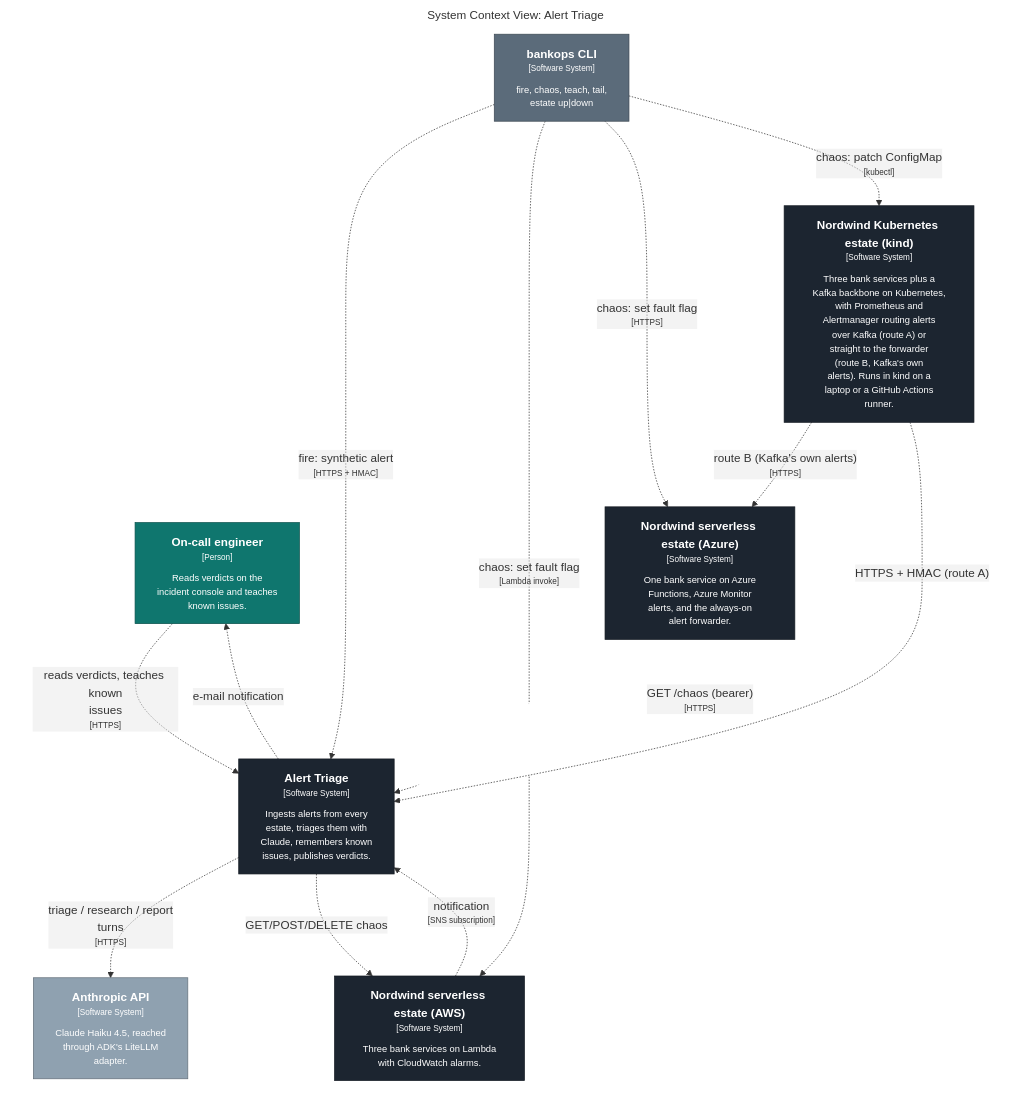
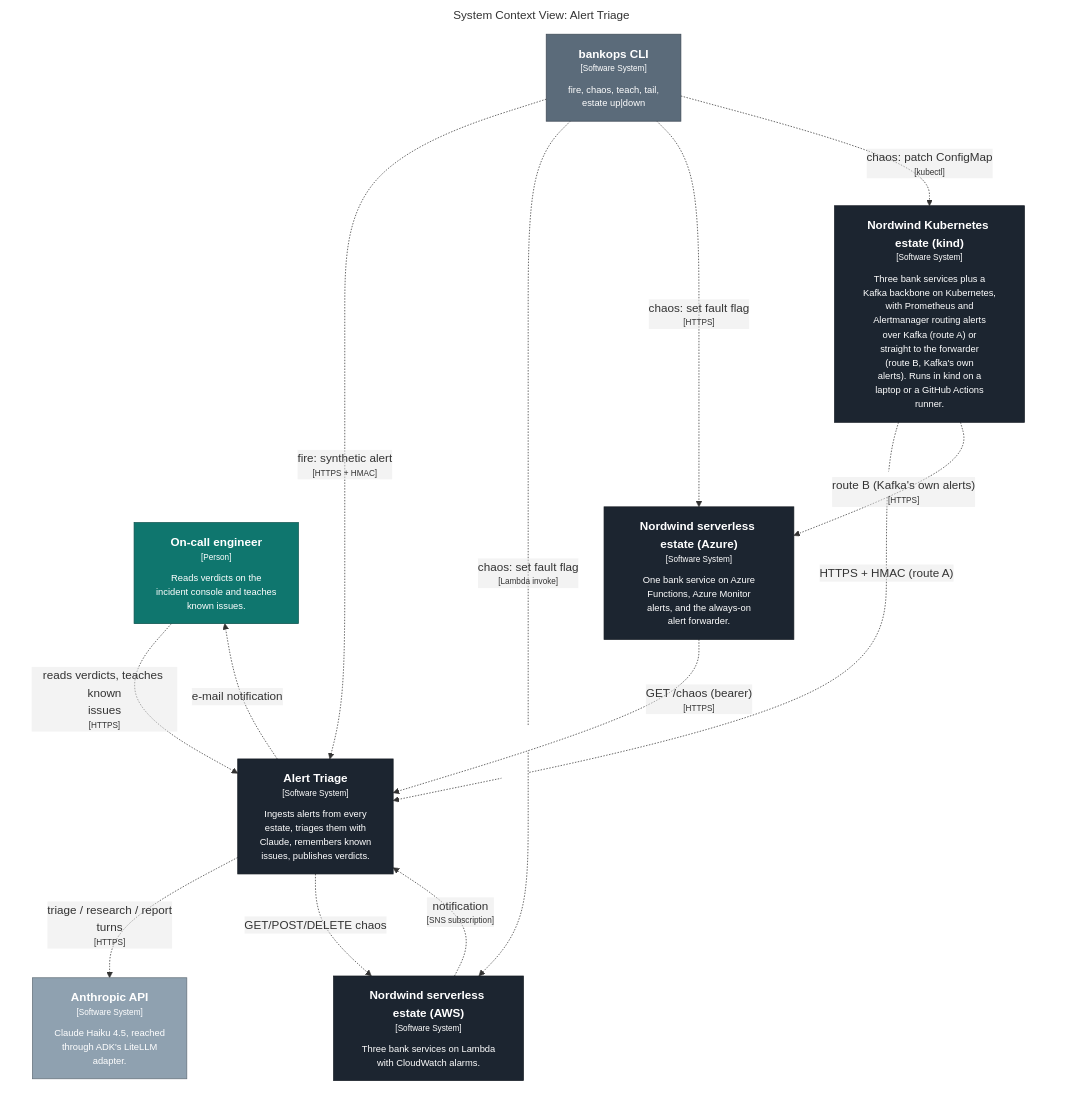
Before and after one commit to KucherenkoSerhiy/oncall-triage: the diagram in docs/c4/generated/structurizr-context.mmd, drawn with Mermaid. The commit also changed 22 other files, not shown here.

```diff
--- a/docs/c4/generated/structurizr-context.mmd
+++ b/docs/c4/generated/structurizr-context.mmd
@@ -1,35 +1,35 @@
 graph LR
   linkStyle default fill:#ffffff
 
   subgraph diagram ["System Context View: Alert Triage"]
     style diagram fill:#ffffff,stroke:#ffffff
 
     1["<div style='font-weight: bold'>On-call engineer</div><div style='font-size: 70%; margin-top: 0px'>[Person]</div><div style='font-size: 80%; margin-top:10px'>Reads verdicts on the<br />incident console and teaches<br />known issues.</div>"]
     style 1 fill:#0f766e,stroke:#0a524d,color:#ffffff
-    23["<div style='font-weight: bold'>Nordwind serverless estate (AWS)</div><div style='font-size: 70%; margin-top: 0px'>[Software System]</div><div style='font-size: 80%; margin-top:10px'>Three bank services on Lambda<br />with CloudWatch alarms.</div>"]
-    style 23 fill:#1c2530,stroke:#131921,color:#ffffff
+    25["<div style='font-weight: bold'>Nordwind serverless estate (AWS)</div><div style='font-size: 70%; margin-top: 0px'>[Software System]</div><div style='font-size: 80%; margin-top:10px'>Three bank services on Lambda<br />with CloudWatch alarms.</div>"]
+    style 25 fill:#1c2530,stroke:#131921,color:#ffffff
     3["<div style='font-weight: bold'>Anthropic API</div><div style='font-size: 70%; margin-top: 0px'>[Software System]</div><div style='font-size: 80%; margin-top:10px'>Claude Haiku 4.5, reached<br />through ADK's LiteLLM<br />adapter.</div>"]
     style 3 fill:#8fa1b0,stroke:#64707b,color:#ffffff
-    30["<div style='font-weight: bold'>Nordwind serverless estate (Azure)</div><div style='font-size: 70%; margin-top: 0px'>[Software System]</div><div style='font-size: 80%; margin-top:10px'>One bank service on Azure<br />Functions, Azure Monitor<br />alerts, and the always-on<br />alert forwarder.</div>"]
-    style 30 fill:#1c2530,stroke:#131921,color:#ffffff
-    35["<div style='font-weight: bold'>Nordwind Kubernetes estate (kind)</div><div style='font-size: 70%; margin-top: 0px'>[Software System]</div><div style='font-size: 80%; margin-top:10px'>Three bank services plus a<br />Kafka backbone on Kubernetes,<br />with Prometheus and<br />Alertmanager routing alerts<br />over Kafka (route A) or<br />straight to the forwarder<br />(route B, Kafka's own<br />alerts). Runs in kind on a<br />laptop or a GitHub Actions<br />runner.</div>"]
-    style 35 fill:#1c2530,stroke:#131921,color:#ffffff
+    32["<div style='font-weight: bold'>Nordwind serverless estate (Azure)</div><div style='font-size: 70%; margin-top: 0px'>[Software System]</div><div style='font-size: 80%; margin-top:10px'>One bank service on Azure<br />Functions, Azure Monitor<br />alerts, and the always-on<br />alert forwarder.</div>"]
+    style 32 fill:#1c2530,stroke:#131921,color:#ffffff
+    37["<div style='font-weight: bold'>Nordwind Kubernetes estate (kind)</div><div style='font-size: 70%; margin-top: 0px'>[Software System]</div><div style='font-size: 80%; margin-top:10px'>Three bank services plus a<br />Kafka backbone on Kubernetes,<br />with Prometheus and<br />Alertmanager routing alerts<br />over Kafka (route A) or<br />straight to the forwarder<br />(route B, Kafka's own<br />alerts). Runs in kind on a<br />laptop or a GitHub Actions<br />runner.</div>"]
+    style 37 fill:#1c2530,stroke:#131921,color:#ffffff
     4["<div style='font-weight: bold'>bankops CLI</div><div style='font-size: 70%; margin-top: 0px'>[Software System]</div><div style='font-size: 80%; margin-top:10px'>fire, chaos, teach, tail,<br />estate up|down</div>"]
     style 4 fill:#5b6b7a,stroke:#3f4a55,color:#ffffff
     5["<div style='font-weight: bold'>Alert Triage</div><div style='font-size: 70%; margin-top: 0px'>[Software System]</div><div style='font-size: 80%; margin-top:10px'>Ingests alerts from every<br />estate, triages them with<br />Claude, remembers known<br />issues, publishes verdicts.</div>"]
     style 5 fill:#1c2530,stroke:#131921,color:#ffffff
 
-    35-. "<div>route B (Kafka's own alerts)</div><div style='font-size: 70%'>[HTTPS]</div>" .->30
+    37-. "<div>HTTPS + HMAC (route A)</div><div style='font-size: 70%'></div>" .->5
+    37-. "<div>route B (Kafka's own alerts)</div><div style='font-size: 70%'>[HTTPS]</div>" .->32
     5-. "<div>triage / research / report<br />turns</div><div style='font-size: 70%'>[HTTPS]</div>" .->3
     5-. "<div>e-mail notification</div><div style='font-size: 70%'></div>" .->1
     1-. "<div>reads verdicts, teaches known<br />issues</div><div style='font-size: 70%'>[HTTPS]</div>" .->5
     4-. "<div>fire: synthetic alert</div><div style='font-size: 70%'>[HTTPS + HMAC]</div>" .->5
-    4-. "<div>chaos: set fault flag</div><div style='font-size: 70%'>[Lambda invoke]</div>" .->23
-    4-. "<div>chaos: set fault flag</div><div style='font-size: 70%'>[HTTPS]</div>" .->30
-    4-. "<div>chaos: patch ConfigMap</div><div style='font-size: 70%'>[kubectl]</div>" .->35
-    23-. "<div>notification</div><div style='font-size: 70%'>[SNS subscription]</div>" .->5
-    5-. "<div>GET/POST/DELETE chaos</div><div style='font-size: 70%'></div>" .->23
-    30-. "<div>GET /chaos (bearer)</div><div style='font-size: 70%'>[HTTPS]</div>" .->5
-    35-. "<div>HTTPS + HMAC (route A)</div><div style='font-size: 70%'></div>" .->5
+    4-. "<div>chaos: set fault flag</div><div style='font-size: 70%'>[Lambda invoke]</div>" .->25
+    4-. "<div>chaos: set fault flag</div><div style='font-size: 70%'>[HTTPS]</div>" .->32
+    4-. "<div>chaos: patch ConfigMap</div><div style='font-size: 70%'>[kubectl]</div>" .->37
+    25-. "<div>notification</div><div style='font-size: 70%'>[SNS subscription]</div>" .->5
+    5-. "<div>GET/POST/DELETE chaos</div><div style='font-size: 70%'></div>" .->25
+    32-. "<div>GET /chaos (bearer)</div><div style='font-size: 70%'>[HTTPS]</div>" .->5
 
   end
```
